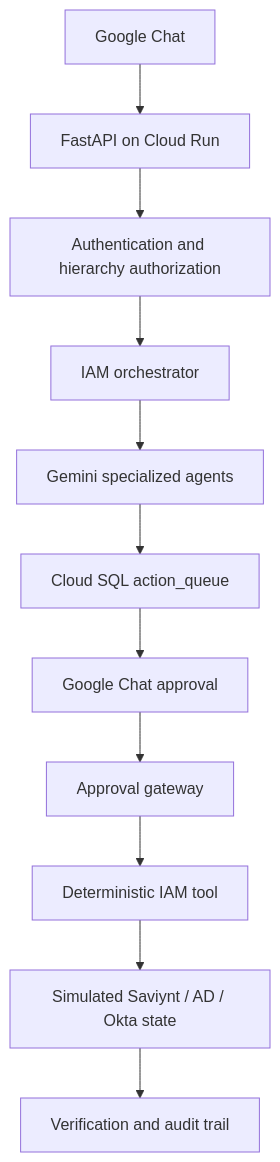
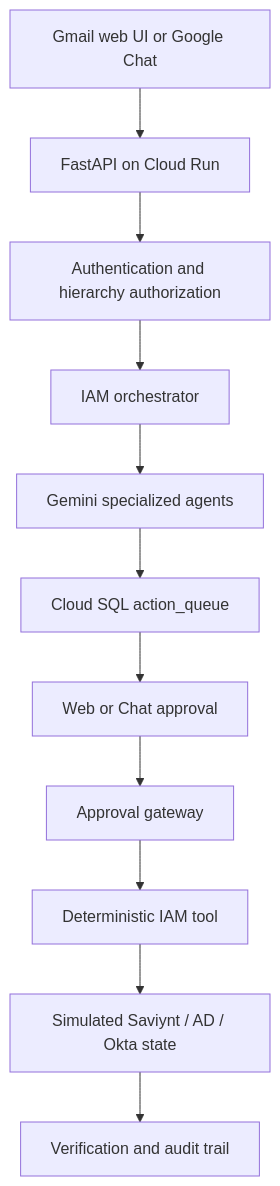
Before and after one commit to sasidharmeka/iam-test: the diagram in README.md, drawn with Mermaid. The commit also changed other lines of this file and 13 other files, not shown here.

Commit message:
Add Gmail-authenticated IAM agent web interface

````diff
--- a/README.md
+++ b/README.md
@@ -9,13 +10,13 @@
 ```mermaid
 flowchart TD
-    A["Google Chat"] --> B["FastAPI on Cloud Run"]
+    A["Gmail web UI or Google Chat"] --> B["FastAPI on Cloud Run"]
     B --> C["Authentication and hierarchy authorization"]
     C --> D["IAM orchestrator"]
     D --> E["Gemini specialized agents"]
     E --> F["Cloud SQL action_queue"]
-    F --> G["Google Chat approval"]
+    F --> G["Web or Chat approval"]
     G --> H["Approval gateway"]
     H --> I["Deterministic IAM tool"]
     I --> J["Simulated Saviynt / AD / Okta state"]
     J --> K["Verification and audit trail"]
 ```
````
